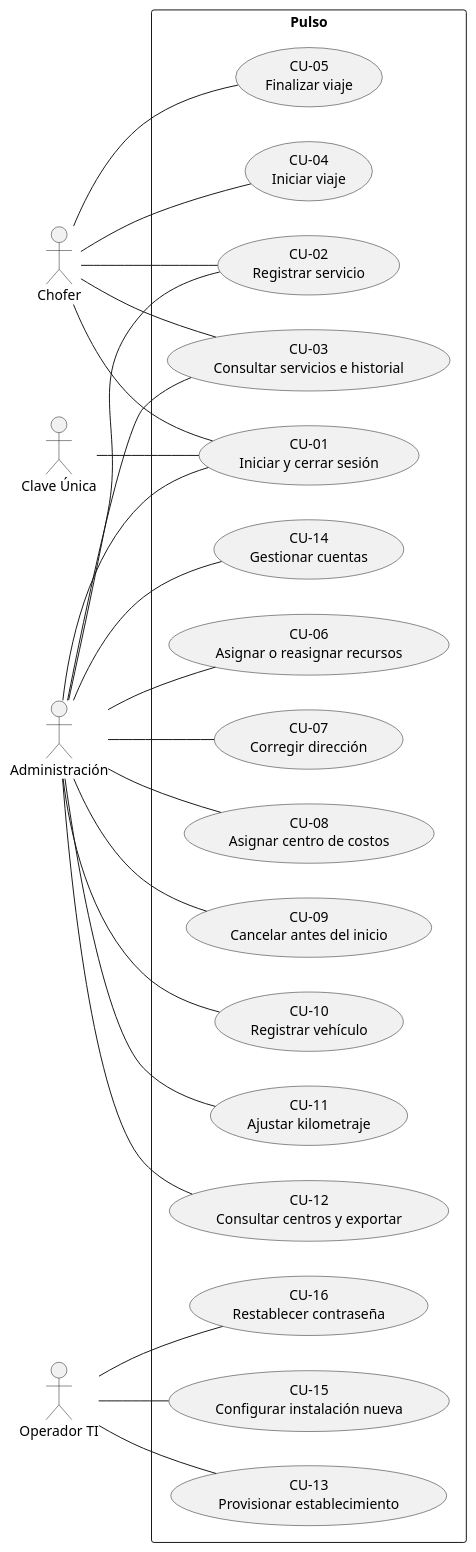
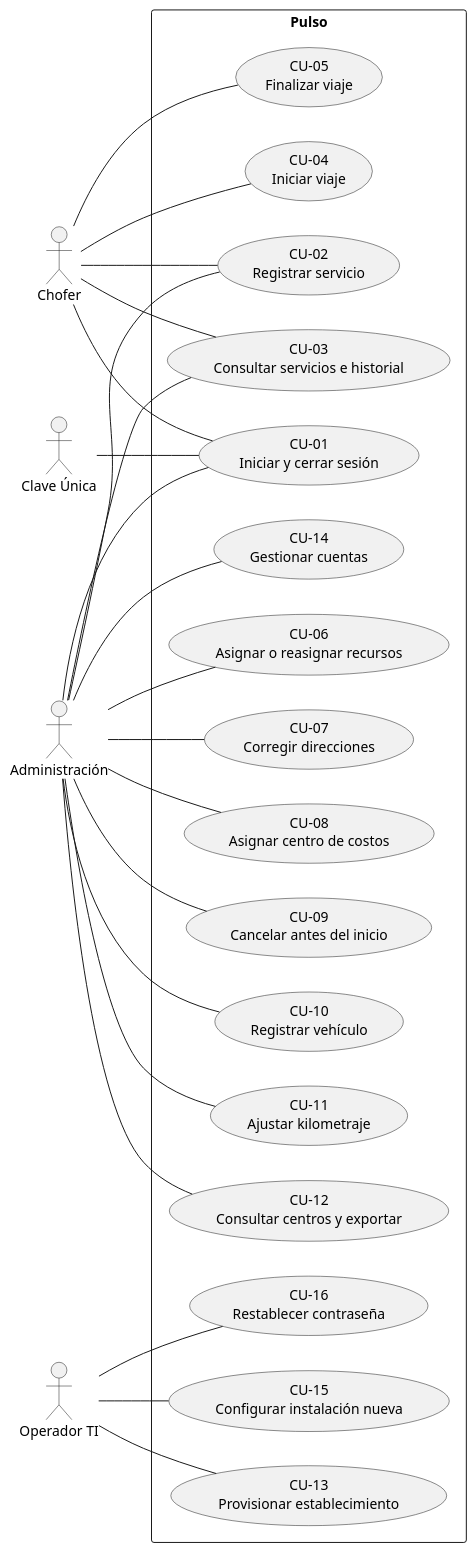
One commit to daviddimd/Pulso changed the diagram in docs/entrega-ti-2026-11-22/UML-casos-de-uso.puml. Above: the diagram before and after it, drawn with PlantUML. The commit also changed 21 other files, not shown here.

```diff
--- a/docs/entrega-ti-2026-11-22/UML-casos-de-uso.puml
+++ b/docs/entrega-ti-2026-11-22/UML-casos-de-uso.puml
@@ -1,45 +1,45 @@
 @startuml
 left to right direction
 actor Chofer
 actor "Administración" as Admin
 actor "Operador TI" as TI
 actor "Clave Única" as CU
 rectangle Pulso {
   usecase "CU-01\nIniciar y cerrar sesión" as CU01
   usecase "CU-02\nRegistrar servicio" as CU02
   usecase "CU-03\nConsultar servicios e historial" as CU03
   usecase "CU-04\nIniciar viaje" as CU04
   usecase "CU-05\nFinalizar viaje" as CU05
   usecase "CU-06\nAsignar o reasignar recursos" as CU06
-  usecase "CU-07\nCorregir dirección" as CU07
+  usecase "CU-07\nCorregir direcciones" as CU07
   usecase "CU-08\nAsignar centro de costos" as CU08
   usecase "CU-09\nCancelar antes del inicio" as CU09
   usecase "CU-10\nRegistrar vehículo" as CU10
   usecase "CU-11\nAjustar kilometraje" as CU11
   usecase "CU-12\nConsultar centros y exportar" as CU12
   usecase "CU-13\nProvisionar establecimiento" as CU13
   usecase "CU-14\nGestionar cuentas" as CU14
   usecase "CU-15\nConfigurar instalación nueva" as CU15
   usecase "CU-16\nRestablecer contraseña" as CU16
 }
 Chofer -- CU01
 Admin -- CU01
 Chofer -- CU02
 Admin -- CU02
 Chofer -- CU03
 Admin -- CU03
 Chofer -- CU04
 Chofer -- CU05
 Admin -- CU06
 Admin -- CU07
 Admin -- CU08
 Admin -- CU09
 Admin -- CU10
 Admin -- CU11
 Admin -- CU12
 TI -- CU13
 Admin -- CU14
 TI -- CU15
 TI -- CU16
 CU -- CU01
 @enduml
```
